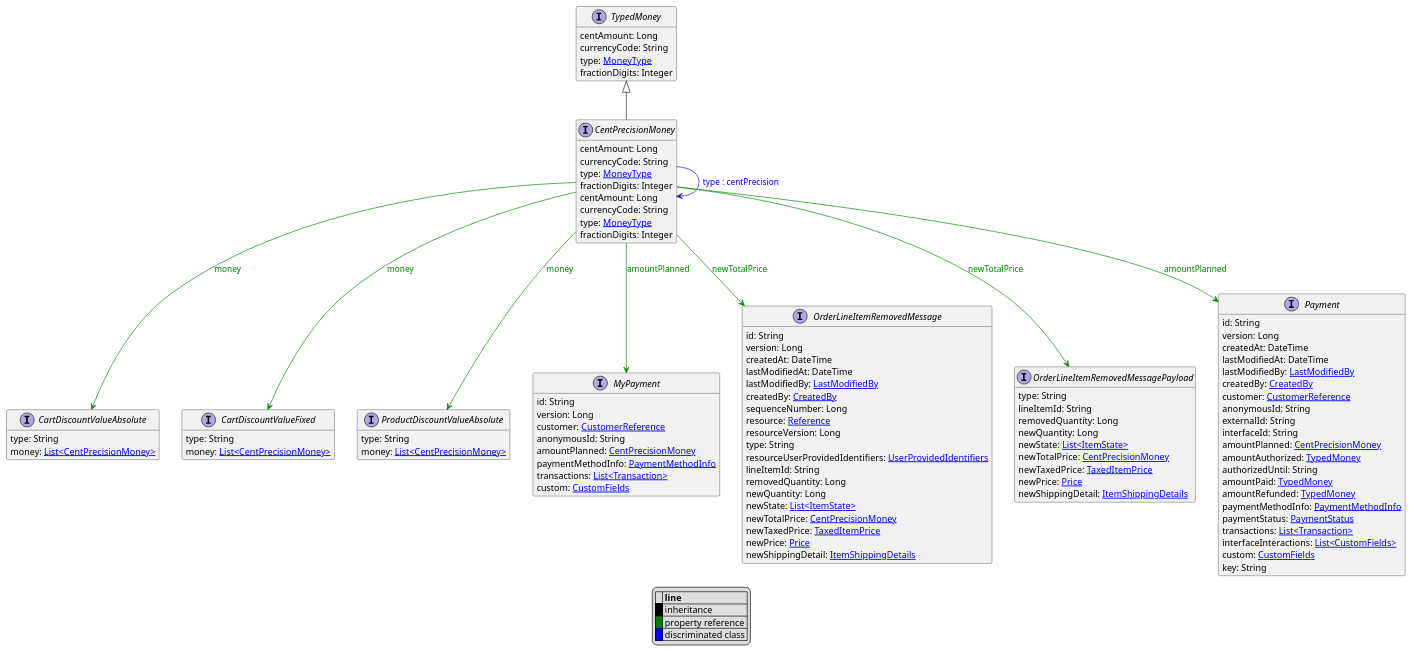
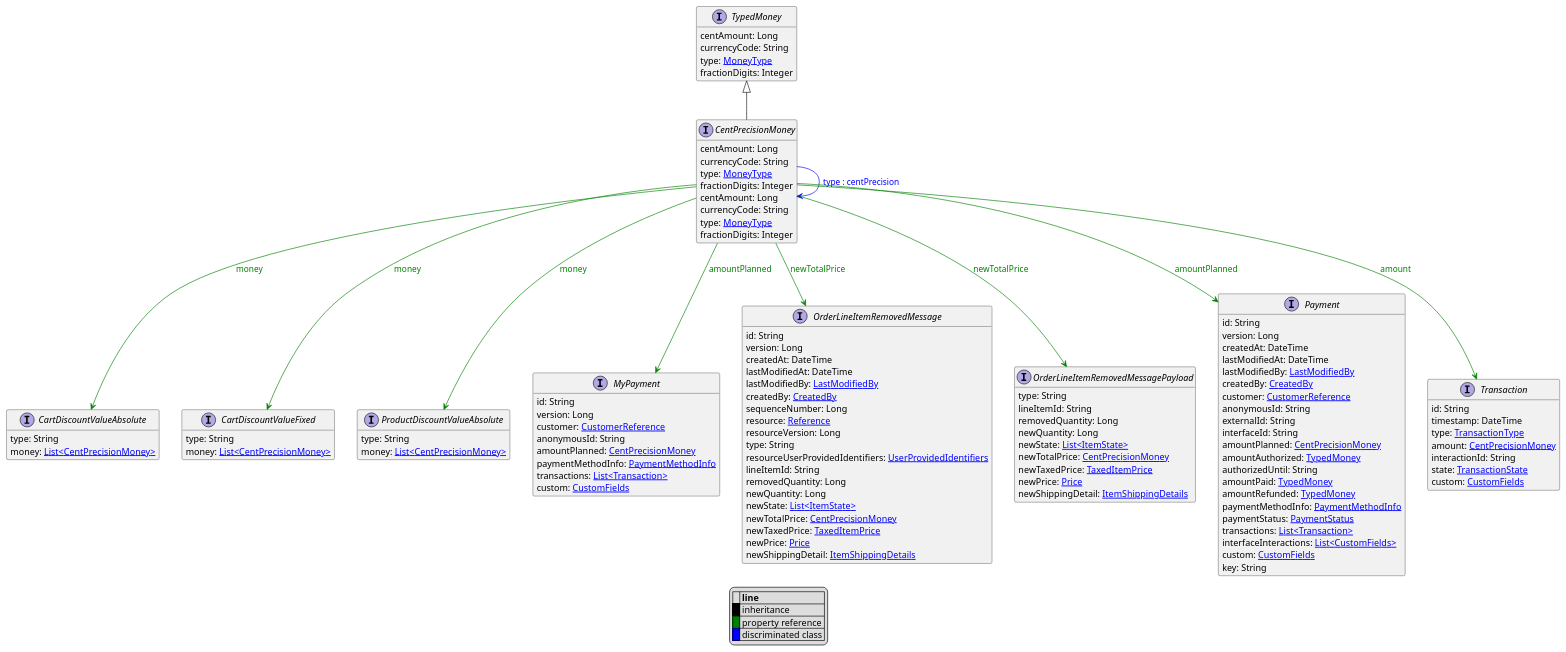
One commit to commercetools/commercetools-api-reference changed the diagram in uml/api/CentPrecisionMoney.puml. Above: the diagram before and after it, drawn with PlantUML. The commit also changed 12 other files, not shown here.

```diff
--- a/uml/api/CentPrecisionMoney.puml
+++ b/uml/api/CentPrecisionMoney.puml
@@ -1,115 +1,125 @@
 @startuml
 
 hide empty fields
 hide empty methods
 legend
 |= |= line |
 |<back:black>   </back>| inheritance |
 |<back:green>   </back>| property reference |
 |<back:blue>   </back>| discriminated class |
 endlegend
 interface CentPrecisionMoney [[CentPrecisionMoney.svg]] extends TypedMoney {
     centAmount: Long
     currencyCode: String
     type: [[MoneyType.svg MoneyType]]
     fractionDigits: Integer
 }
 interface TypedMoney [[TypedMoney.svg]]  {
     centAmount: Long
     currencyCode: String
     type: [[MoneyType.svg MoneyType]]
     fractionDigits: Integer
 }
 
 interface CentPrecisionMoney [[CentPrecisionMoney.svg]]  {
     centAmount: Long
     currencyCode: String
     type: [[MoneyType.svg MoneyType]]
     fractionDigits: Integer
 }
 interface CartDiscountValueAbsolute [[CartDiscountValueAbsolute.svg]]  {
     type: String
     money: [[CentPrecisionMoney.svg List<CentPrecisionMoney>]]
 }
 interface CartDiscountValueFixed [[CartDiscountValueFixed.svg]]  {
     type: String
     money: [[CentPrecisionMoney.svg List<CentPrecisionMoney>]]
 }
 interface ProductDiscountValueAbsolute [[ProductDiscountValueAbsolute.svg]]  {
     type: String
     money: [[CentPrecisionMoney.svg List<CentPrecisionMoney>]]
 }
 interface MyPayment [[MyPayment.svg]]  {
     id: String
     version: Long
     customer: [[CustomerReference.svg CustomerReference]]
     anonymousId: String
     amountPlanned: [[CentPrecisionMoney.svg CentPrecisionMoney]]
     paymentMethodInfo: [[PaymentMethodInfo.svg PaymentMethodInfo]]
     transactions: [[Transaction.svg List<Transaction>]]
     custom: [[CustomFields.svg CustomFields]]
 }
 interface OrderLineItemRemovedMessage [[OrderLineItemRemovedMessage.svg]]  {
     id: String
     version: Long
     createdAt: DateTime
     lastModifiedAt: DateTime
     lastModifiedBy: [[LastModifiedBy.svg LastModifiedBy]]
     createdBy: [[CreatedBy.svg CreatedBy]]
     sequenceNumber: Long
     resource: [[Reference.svg Reference]]
     resourceVersion: Long
     type: String
     resourceUserProvidedIdentifiers: [[UserProvidedIdentifiers.svg UserProvidedIdentifiers]]
     lineItemId: String
     removedQuantity: Long
     newQuantity: Long
     newState: [[ItemState.svg List<ItemState>]]
     newTotalPrice: [[CentPrecisionMoney.svg CentPrecisionMoney]]
     newTaxedPrice: [[TaxedItemPrice.svg TaxedItemPrice]]
     newPrice: [[Price.svg Price]]
     newShippingDetail: [[ItemShippingDetails.svg ItemShippingDetails]]
 }
 interface OrderLineItemRemovedMessagePayload [[OrderLineItemRemovedMessagePayload.svg]]  {
     type: String
     lineItemId: String
     removedQuantity: Long
     newQuantity: Long
     newState: [[ItemState.svg List<ItemState>]]
     newTotalPrice: [[CentPrecisionMoney.svg CentPrecisionMoney]]
     newTaxedPrice: [[TaxedItemPrice.svg TaxedItemPrice]]
     newPrice: [[Price.svg Price]]
     newShippingDetail: [[ItemShippingDetails.svg ItemShippingDetails]]
 }
 interface Payment [[Payment.svg]]  {
     id: String
     version: Long
     createdAt: DateTime
     lastModifiedAt: DateTime
     lastModifiedBy: [[LastModifiedBy.svg LastModifiedBy]]
     createdBy: [[CreatedBy.svg CreatedBy]]
     customer: [[CustomerReference.svg CustomerReference]]
     anonymousId: String
     externalId: String
     interfaceId: String
     amountPlanned: [[CentPrecisionMoney.svg CentPrecisionMoney]]
     amountAuthorized: [[TypedMoney.svg TypedMoney]]
     authorizedUntil: String
     amountPaid: [[TypedMoney.svg TypedMoney]]
     amountRefunded: [[TypedMoney.svg TypedMoney]]
     paymentMethodInfo: [[PaymentMethodInfo.svg PaymentMethodInfo]]
     paymentStatus: [[PaymentStatus.svg PaymentStatus]]
     transactions: [[Transaction.svg List<Transaction>]]
     interfaceInteractions: [[CustomFields.svg List<CustomFields>]]
     custom: [[CustomFields.svg CustomFields]]
     key: String
 }
+interface Transaction [[Transaction.svg]]  {
+    id: String
+    timestamp: DateTime
+    type: [[TransactionType.svg TransactionType]]
+    amount: [[CentPrecisionMoney.svg CentPrecisionMoney]]
+    interactionId: String
+    state: [[TransactionState.svg TransactionState]]
+    custom: [[CustomFields.svg CustomFields]]
+}
 CentPrecisionMoney --> CentPrecisionMoney #blue;text:blue : "type : centPrecision"
 CentPrecisionMoney --> CartDiscountValueAbsolute #green;text:green : "money"
 CentPrecisionMoney --> CartDiscountValueFixed #green;text:green : "money"
 CentPrecisionMoney --> ProductDiscountValueAbsolute #green;text:green : "money"
 CentPrecisionMoney --> MyPayment #green;text:green : "amountPlanned"
 CentPrecisionMoney --> OrderLineItemRemovedMessage #green;text:green : "newTotalPrice"
 CentPrecisionMoney --> OrderLineItemRemovedMessagePayload #green;text:green : "newTotalPrice"
 CentPrecisionMoney --> Payment #green;text:green : "amountPlanned"
+CentPrecisionMoney --> Transaction #green;text:green : "amount"
 @enduml
```
